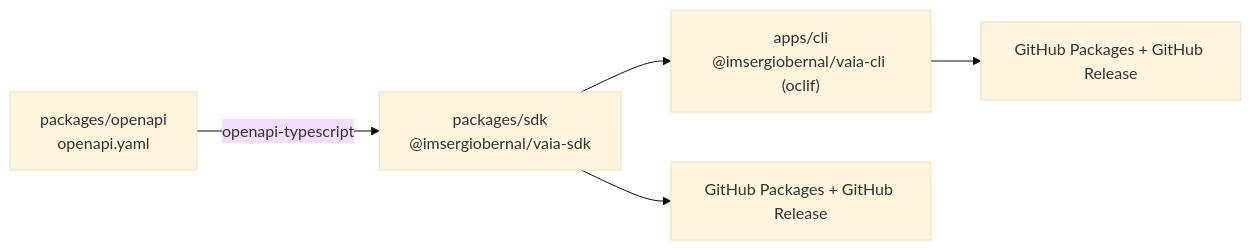
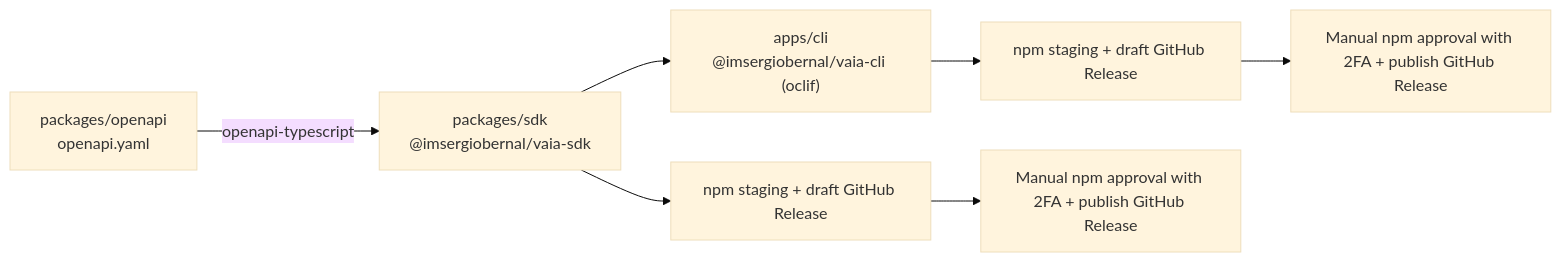
Before and after one commit to imsergiobernal/vaia: the diagram in CONTRIBUTING.md, drawn with Mermaid (base theme). The commit also changed 11 other files, not shown here.

Commit message:
feat(release): stage npm packages for manual approval

````diff
--- a/CONTRIBUTING.md
+++ b/CONTRIBUTING.md
@@ -71,7 +71,9 @@
 ```mermaid
 flowchart LR
     A["packages/openapi<br/>openapi.yaml"] -->|openapi-typescript| B["packages/sdk<br/>@imsergiobernal/vaia-sdk"]
     B --> C["apps/cli<br/>@imsergiobernal/vaia-cli (oclif)"]
-    C --> D1["GitHub Packages + GitHub Release"]
-    B --> D2["GitHub Packages + GitHub Release"]
+    C --> D1["npm staging + draft GitHub Release"]
+    B --> D2["npm staging + draft GitHub Release"]
+    D1 --> E1["Manual npm approval with 2FA + publish GitHub Release"]
+    D2 --> E2["Manual npm approval with 2FA + publish GitHub Release"]
 ```
````
